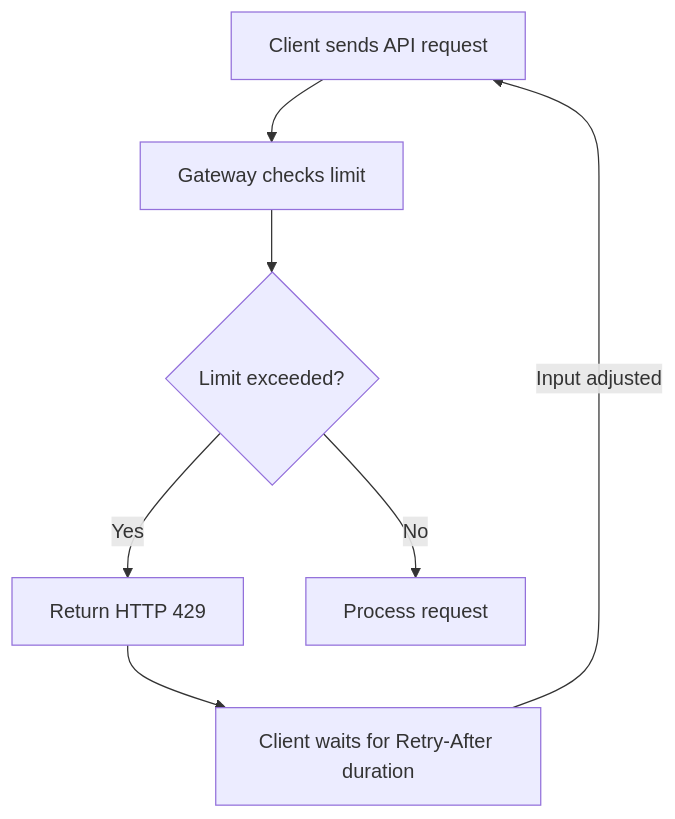
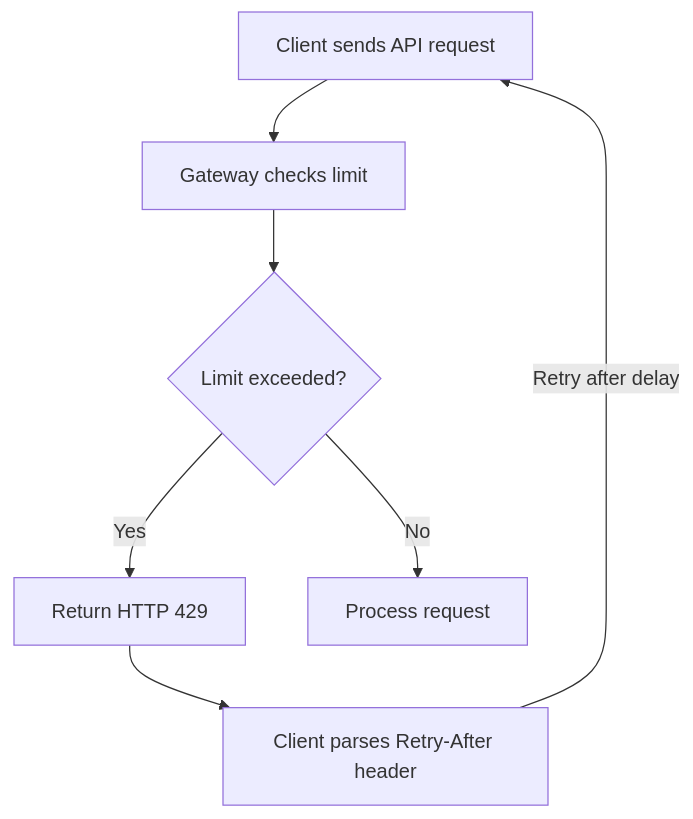
One commit to vaishvanara/techwritingkb changed the diagram in docs/systems-thinking/feedback-loop.md. Above: the diagram before and after it, drawn with Mermaid. The commit also changed other lines of this file, not shown here.

````diff
--- a/docs/systems-thinking/feedback-loop.md
+++ b/docs/systems-thinking/feedback-loop.md
@@ -72,11 +74,11 @@
 ```mermaid
 graph TD
     A[Client sends API request] --> B[Gateway checks limit]
     B --> C{Limit exceeded?}
     
     C -- Yes --> D[Return HTTP 429]
     C -- No --> F[Process request]
     
-    D --> E[Client waits for Retry-After duration]
-    E -->|Input adjusted| A
+    D --> E[Client parses Retry-After header]
+    E -->|Retry after delay| A
 ```
````
